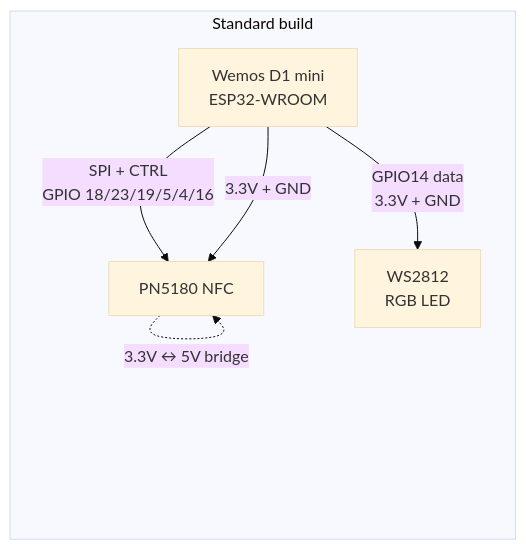
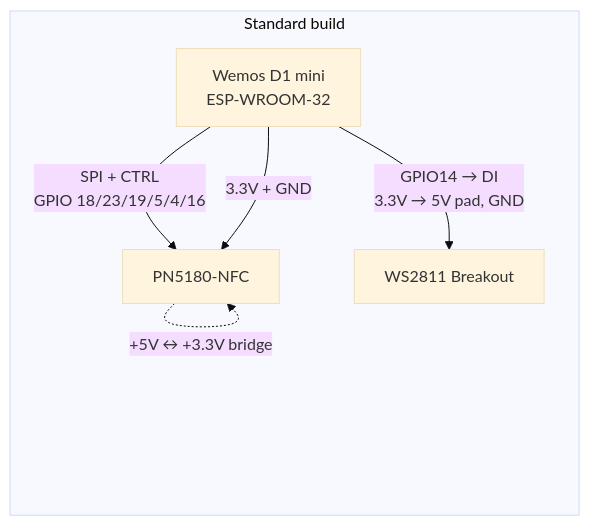
Before and after one commit to RFIDfriend/NFC-Archiver: the first of 2 diagrams in docs/hardware.md, drawn with Mermaid (base theme). The commit also changed other lines of this file and 9 other files, not shown here.

Commit message:
docs: real module photos in wiring diagrams (ESP32, PN5180, WS2811)

````diff
--- a/docs/hardware.md
+++ b/docs/hardware.md
@@ -40,12 +43,12 @@
 ```mermaid
 flowchart LR
   subgraph STD["Standard build"]
-    ESP["Wemos D1 mini<br/>ESP32-WROOM"]
-    PN["PN5180 NFC"]
-    LED["WS2812<br/>RGB LED"]
+    ESP["Wemos D1 mini<br/>ESP-WROOM-32"]
+    PN["PN5180-NFC"]
+    LED["WS2811 Breakout"]
   end
   ESP -->|"SPI + CTRL<br/>GPIO 18/23/19/5/4/16"| PN
   ESP -->|"3.3V + GND"| PN
-  ESP -->|"GPIO14 data<br/>3.3V + GND"| LED
-  PN -.->|"3.3V ↔ 5V bridge"| PN
+  ESP -->|"GPIO14 → DI<br/>3.3V → 5V pad, GND"| LED
+  PN -.->|"+5V ↔ +3.3V bridge"| PN
 ```
````
